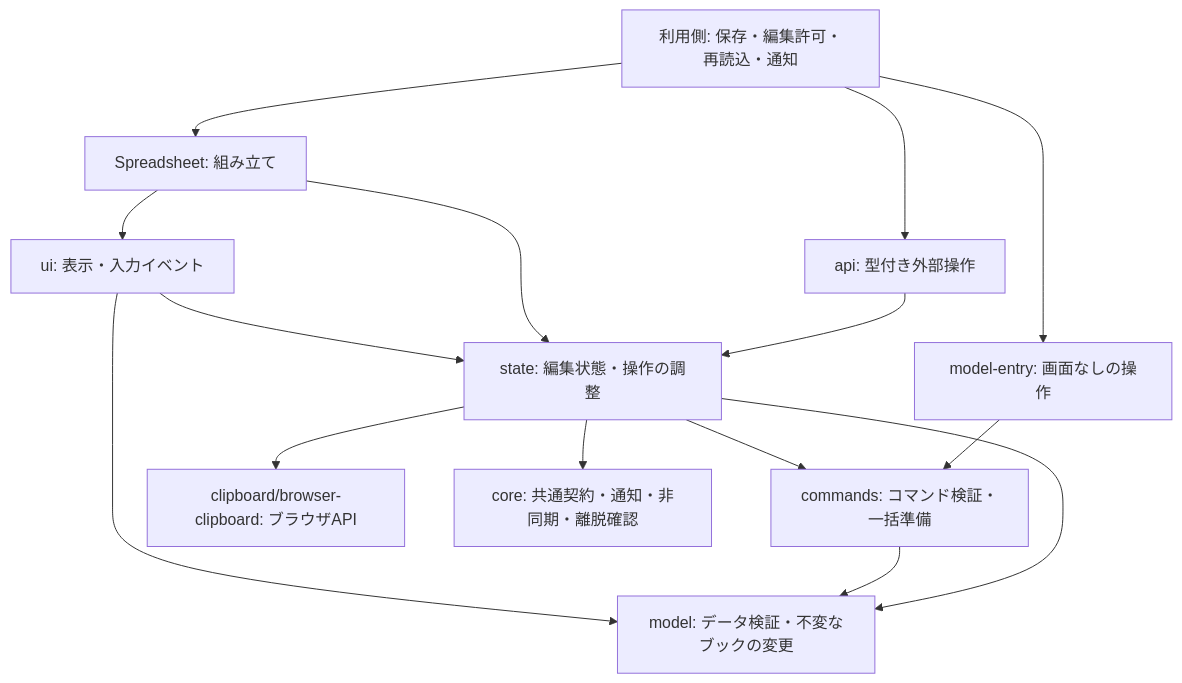
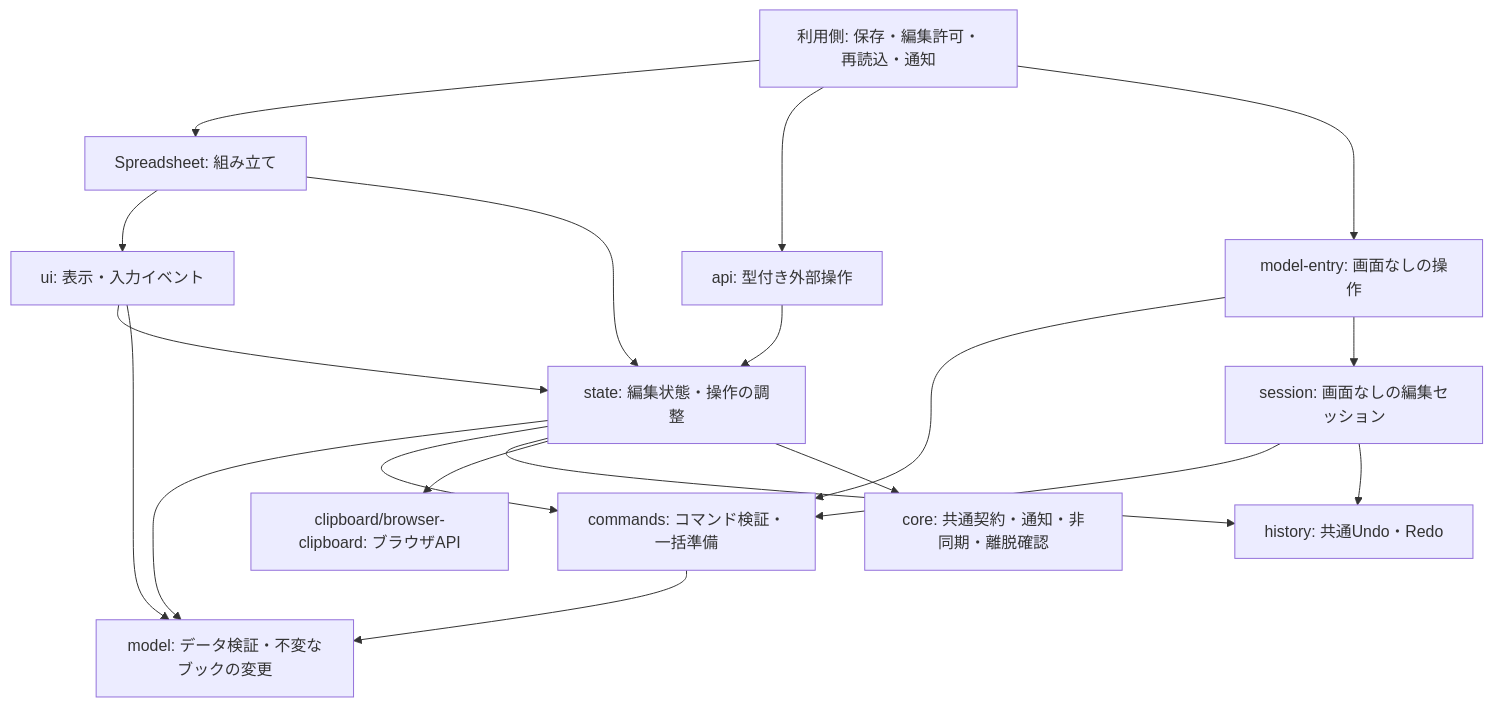
Before and after one commit to sunu-py-jp/LikeX: the diagram in packages/spreadsheet/src/docs/architecture.md, drawn with Mermaid. The commit also changed other lines of this file and 103 other files, not shown here.

````diff
--- a/packages/spreadsheet/src/docs/architecture.md
+++ b/packages/spreadsheet/src/docs/architecture.md
@@ -9,17 +9,21 @@
 ```mermaid
 flowchart TD
   Host[利用側: 保存・編集許可・再読込・通知] --> Component[Spreadsheet: 組み立て]
   Host --> Handle[api: 型付き外部操作]
   Host --> Headless[model-entry: 画面なしの操作]
   Headless --> Commands[commands: コマンド検証・一括準備]
+  Headless --> Session[session: 画面なしの編集セッション]
+  Session --> Commands
+  Session --> History[history: 共通Undo・Redo]
   Handle --> State
   Component --> UI[ui: 表示・入力イベント]
   Component --> State[state: 編集状態・操作の調整]
   UI --> State
   State --> Model[model: データ検証・不変なブックの変更]
   State --> Commands
+  State --> History
   Commands --> Model
   UI --> Model
   State --> Clipboard[clipboard/browser-clipboard: ブラウザAPI]
   State --> Core[core: 共通契約・通知・非同期・離脱確認]
 ```
````
